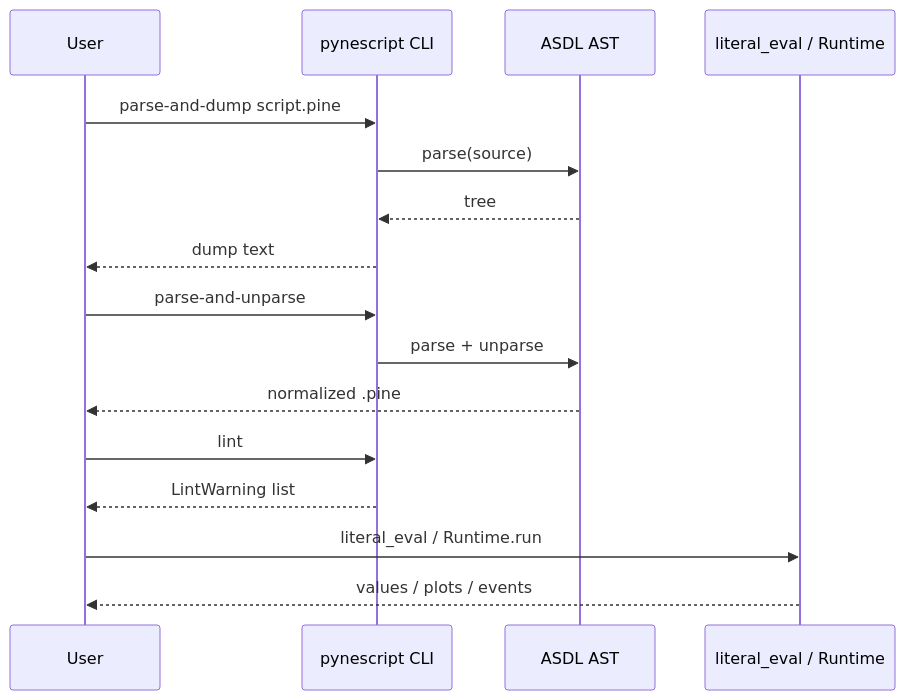
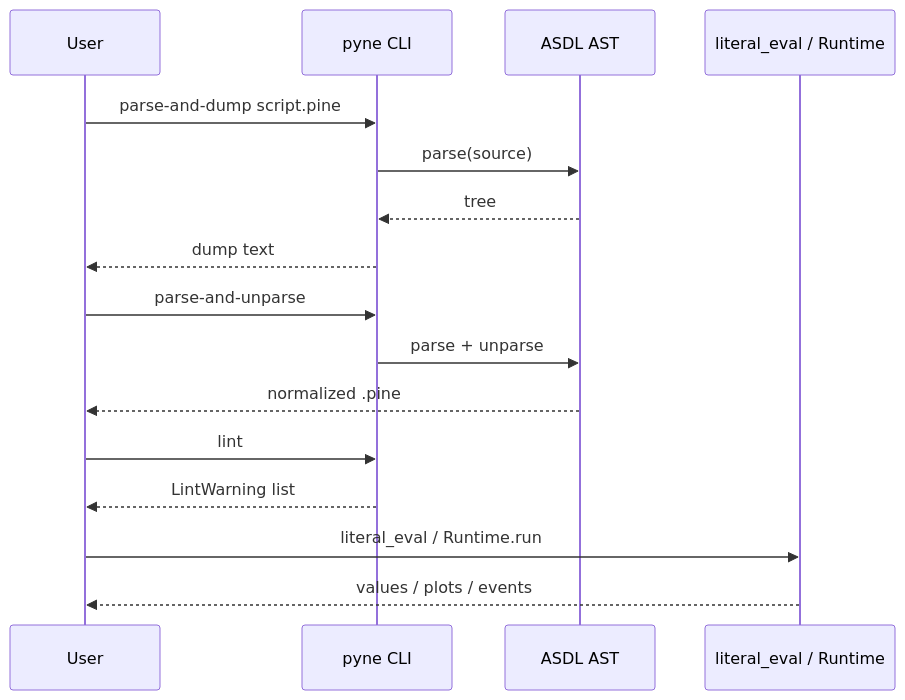
One commit to hoox-sh/pyne changed the diagram in docs/pyne/enduser/getting-started/quick-start.mdx. Above: the diagram before and after it, drawn with Mermaid. The commit also changed other lines of this file and 44 other files, not shown here.

````diff
--- a/docs/pyne/enduser/getting-started/quick-start.mdx
+++ b/docs/pyne/enduser/getting-started/quick-start.mdx
@@ -33,18 +33,18 @@
 ```mermaid
 sequenceDiagram
   participant U as User
-  participant CLI as pynescript CLI
+  participant CLI as pyne CLI
   participant AST as ASDL AST
   participant EV as literal_eval / Runtime
   U->>CLI: parse-and-dump script.pine
   CLI->>AST: parse(source)
   AST-->>CLI: tree
   CLI-->>U: dump text
   U->>CLI: parse-and-unparse
   CLI->>AST: parse + unparse
   AST-->>U: normalized .pine
   U->>CLI: lint
   CLI-->>U: LintWarning list
   U->>EV: literal_eval / Runtime.run
   EV-->>U: values / plots / events
 ```
````
